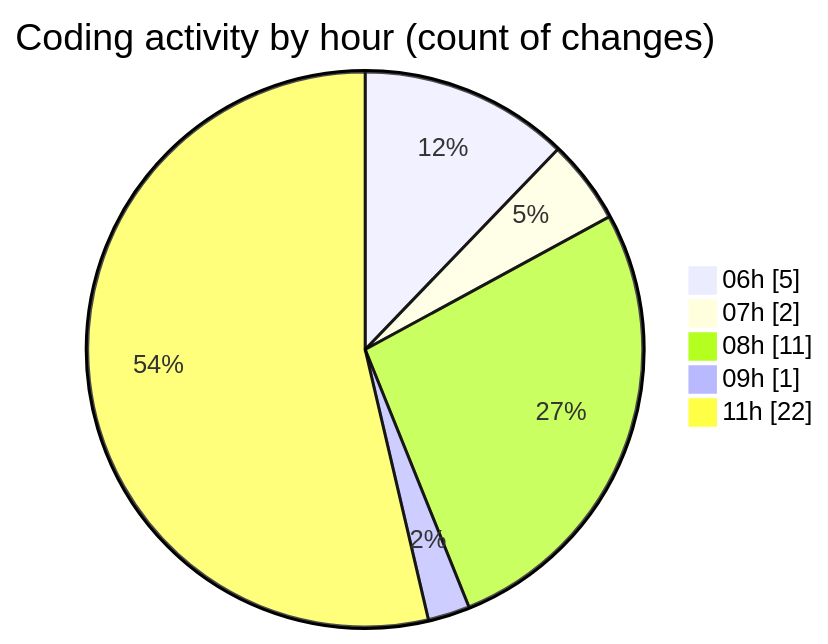
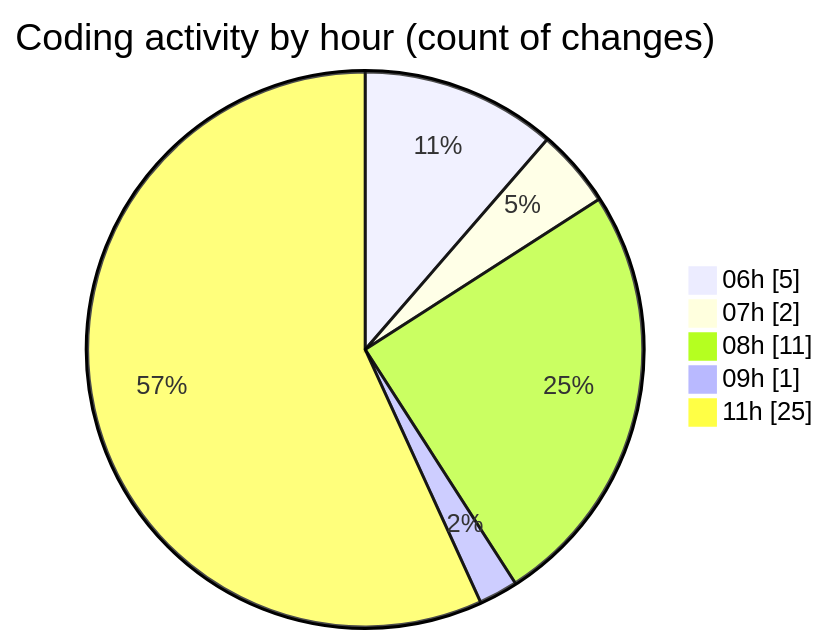
The second of 2 diagrams in 2025-04-17/zeytoon/README.md (vahidmafi/code-tracking), drawn with Mermaid before and after one commit. The commit also changed other lines of this file and 1 other file, not shown here.

````diff
--- a/2025-04-17/zeytoon/README.md
+++ b/2025-04-17/zeytoon/README.md
@@ -38,9 +38,9 @@
 ```mermaid
 pie showData
 title Coding activity by hour (count of changes)
 "06h" : 5
 "07h" : 2
 "08h" : 11
 "09h" : 1
-"11h" : 22
+"11h" : 25
 ```
````
